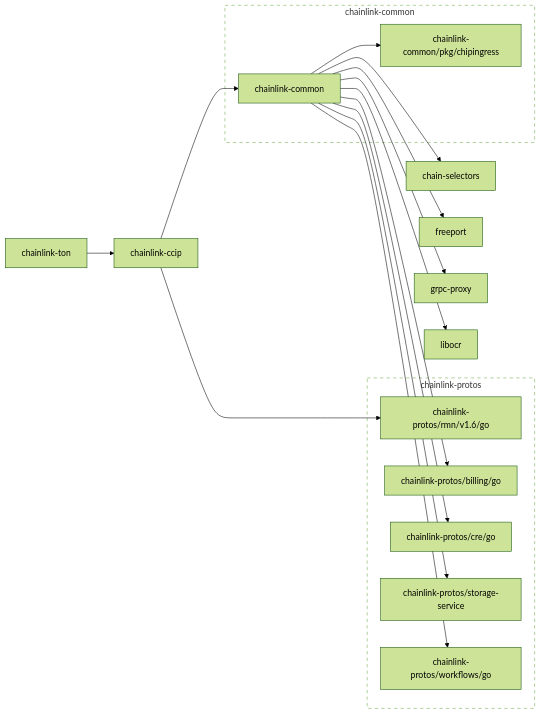
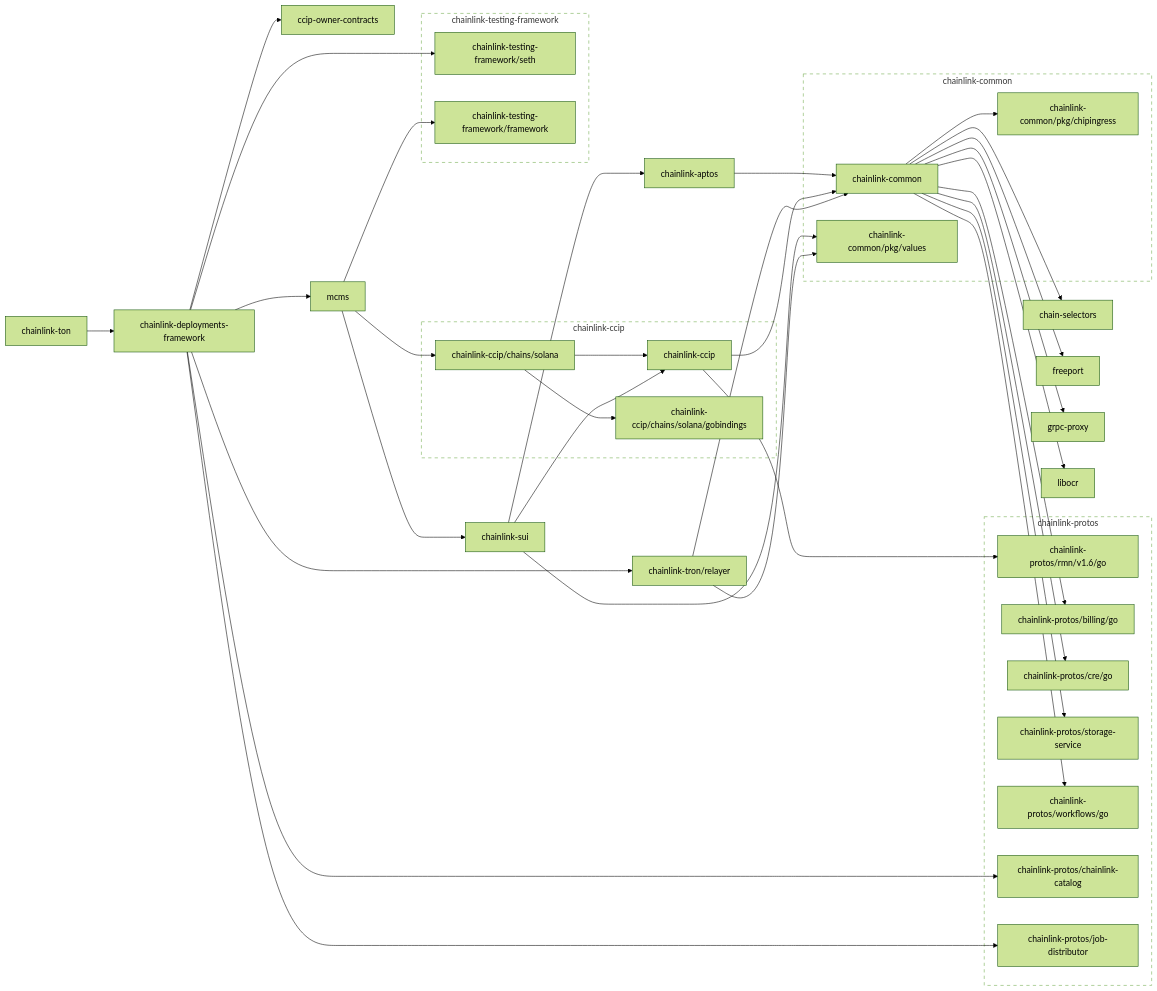
Before and after one commit to fork-the-planet/smartcontractkit___chainlink-ton: the first of 2 diagrams in go.md, drawn with Mermaid (forest theme). The commit also changed other lines of this file and 44 other files, not shown here.

````diff
--- a/go.md
+++ b/go.md
@@ -3,11 +3,20 @@
 ```mermaid
 flowchart LR
 
+	ccip-owner-contracts
+	click ccip-owner-contracts href "https://github.com/smartcontractkit/ccip-owner-contracts"
 	chain-selectors
 	click chain-selectors href "https://github.com/smartcontractkit/chain-selectors"
+	chainlink-aptos --> chainlink-common
+	click chainlink-aptos href "https://github.com/smartcontractkit/chainlink-aptos"
 	chainlink-ccip --> chainlink-common
 	chainlink-ccip --> chainlink-protos/rmn/v1.6/go
 	click chainlink-ccip href "https://github.com/smartcontractkit/chainlink-ccip"
+	chainlink-ccip/chains/solana --> chainlink-ccip
+	chainlink-ccip/chains/solana --> chainlink-ccip/chains/solana/gobindings
+	click chainlink-ccip/chains/solana href "https://github.com/smartcontractkit/chainlink-ccip"
+	chainlink-ccip/chains/solana/gobindings
+	click chainlink-ccip/chains/solana/gobindings href "https://github.com/smartcontractkit/chainlink-ccip"
 	chainlink-common --> chain-selectors
 	chainlink-common --> chainlink-common/pkg/chipingress
 	chainlink-common --> chainlink-protos/billing/go
@@ -20,40 +29,84 @@
 	click chainlink-common href "https://github.com/smartcontractkit/chainlink-common"
 	chainlink-common/pkg/chipingress
 	click chainlink-common/pkg/chipingress href "https://github.com/smartcontractkit/chainlink-common"
+	chainlink-common/pkg/values
+	click chainlink-common/pkg/values href "https://github.com/smartcontractkit/chainlink-common"
+	chainlink-deployments-framework --> ccip-owner-contracts
+	chainlink-deployments-framework --> chainlink-protos/chainlink-catalog
+	chainlink-deployments-framework --> chainlink-protos/job-distributor
+	chainlink-deployments-framework --> chainlink-testing-framework/seth
+	chainlink-deployments-framework --> chainlink-tron/relayer
+	chainlink-deployments-framework --> mcms
+	click chainlink-deployments-framework href "https://github.com/smartcontractkit/chainlink-deployments-framework"
 	chainlink-protos/billing/go
 	click chainlink-protos/billing/go href "https://github.com/smartcontractkit/chainlink-protos"
+	chainlink-protos/chainlink-catalog
+	click chainlink-protos/chainlink-catalog href "https://github.com/smartcontractkit/chainlink-protos"
 	chainlink-protos/cre/go
 	click chainlink-protos/cre/go href "https://github.com/smartcontractkit/chainlink-protos"
+	chainlink-protos/job-distributor
+	click chainlink-protos/job-distributor href "https://github.com/smartcontractkit/chainlink-protos"
 	chainlink-protos/rmn/v1.6/go
 	click chainlink-protos/rmn/v1.6/go href "https://github.com/smartcontractkit/chainlink-protos"
 	chainlink-protos/storage-service
 	click chainlink-protos/storage-service href "https://github.com/smartcontractkit/chainlink-protos"
 	chainlink-protos/workflows/go
 	click chainlink-protos/workflows/go href "https://github.com/smartcontractkit/chainlink-protos"
-	chainlink-ton --> chainlink-ccip
+	chainlink-sui --> chainlink-aptos
+	chainlink-sui --> chainlink-ccip
+	chainlink-sui --> chainlink-common/pkg/values
+	click chainlink-sui href "https://github.com/smartcontractkit/chainlink-sui"
+	chainlink-testing-framework/framework
+	click chainlink-testing-framework/framework href "https://github.com/smartcontractkit/chainlink-testing-framework"
+	chainlink-testing-framework/seth
+	click chainlink-testing-framework/seth href "https://github.com/smartcontractkit/chainlink-testing-framework"
+	chainlink-ton --> chainlink-deployments-framework
 	click chainlink-ton href "https://github.com/smartcontractkit/chainlink-ton"
+	chainlink-tron/relayer --> chainlink-common
+	chainlink-tron/relayer --> chainlink-common/pkg/values
+	click chainlink-tron/relayer href "https://github.com/smartcontractkit/chainlink-tron"
 	freeport
 	click freeport href "https://github.com/smartcontractkit/freeport"
 	grpc-proxy
 	click grpc-proxy href "https://github.com/smartcontractkit/grpc-proxy"
 	libocr
 	click libocr href "https://github.com/smartcontractkit/libocr"
+	mcms --> chainlink-ccip/chains/solana
+	mcms --> chainlink-sui
+	mcms --> chainlink-testing-framework/framework
+	click mcms href "https://github.com/smartcontractkit/mcms"
+
+	subgraph chainlink-ccip-repo[chainlink-ccip]
+		 chainlink-ccip
+		 chainlink-ccip/chains/solana
+		 chainlink-ccip/chains/solana/gobindings
+	end
+	click chainlink-ccip-repo href "https://github.com/smartcontractkit/chainlink-ccip"
 
 	subgraph chainlink-common-repo[chainlink-common]
 		 chainlink-common
 		 chainlink-common/pkg/chipingress
+		 chainlink-common/pkg/values
 	end
 	click chainlink-common-repo href "https://github.com/smartcontractkit/chainlink-common"
 
 	subgraph chainlink-protos-repo[chainlink-protos]
 		 chainlink-protos/billing/go
+		 chainlink-protos/chainlink-catalog
 		 chainlink-protos/cre/go
+		 chainlink-protos/job-distributor
 		 chainlink-protos/rmn/v1.6/go
 		 chainlink-protos/storage-service
 		 chainlink-protos/workflows/go
 	end
 	click chainlink-protos-repo href "https://github.com/smartcontractkit/chainlink-protos"
 
+	subgraph chainlink-testing-framework-repo[chainlink-testing-framework]
+		 chainlink-testing-framework/framework
+		 chainlink-testing-framework/seth
+	end
+	click chainlink-testing-framework-repo href "https://github.com/smartcontractkit/chainlink-testing-framework"
+
 	classDef outline stroke-dasharray:6,fill:none;
-	class chainlink-common-repo,chainlink-protos-repo outline
+	class chainlink-ccip-repo,chainlink-common-repo,chainlink-protos-repo,chainlink-testing-framework-repo outline
 ```
````
